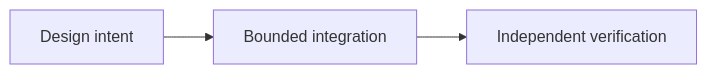
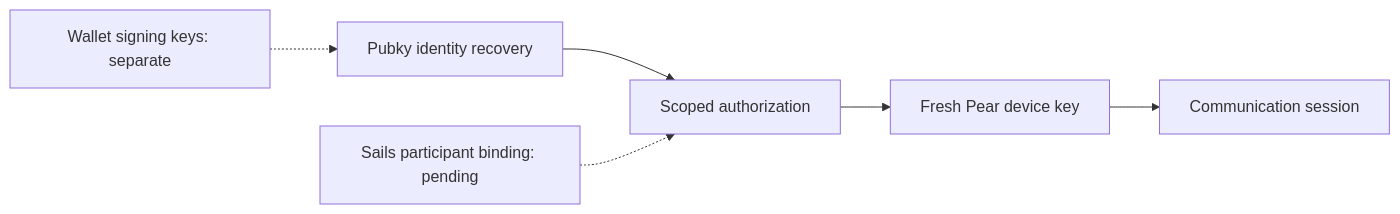
The diagram in editorial-drafts/21-openidentity-portable.en.md (sails-protocol/Sails-Protocol-Blog), drawn with Mermaid before and after one commit. The commit also changed other lines of this file, not shown here.

Commit message:
docs(editorial): ground OpenIdentity recovery boundaries in Pubky/Pear evidence (en.md)

````diff
--- a/editorial-drafts/21-openidentity-portable.en.md
+++ b/editorial-drafts/21-openidentity-portable.en.md
@@ -19,5 +51,8 @@
 ```mermaid
 flowchart LR
- A["Design intent"] --> B["Bounded integration"]
- B --> C["Independent verification"]
+ A["Pubky identity recovery"] --> B["Scoped authorization"]
+ B --> C["Fresh Pear device key"]
+ C --> D["Communication session"]
+ E["Sails participant binding: pending"] -.-> B
+ F["Wallet signing keys: separate"] -.-> A
 ```
````
